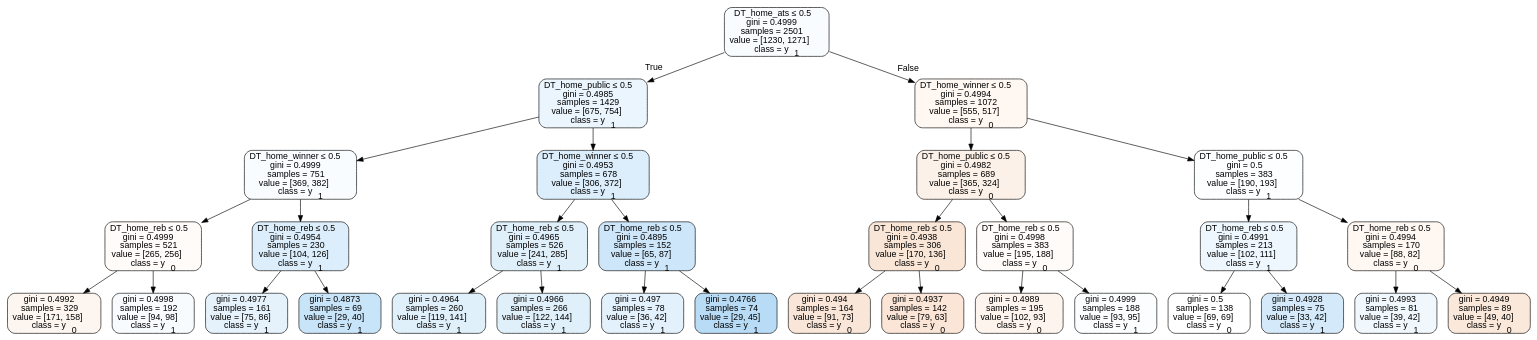
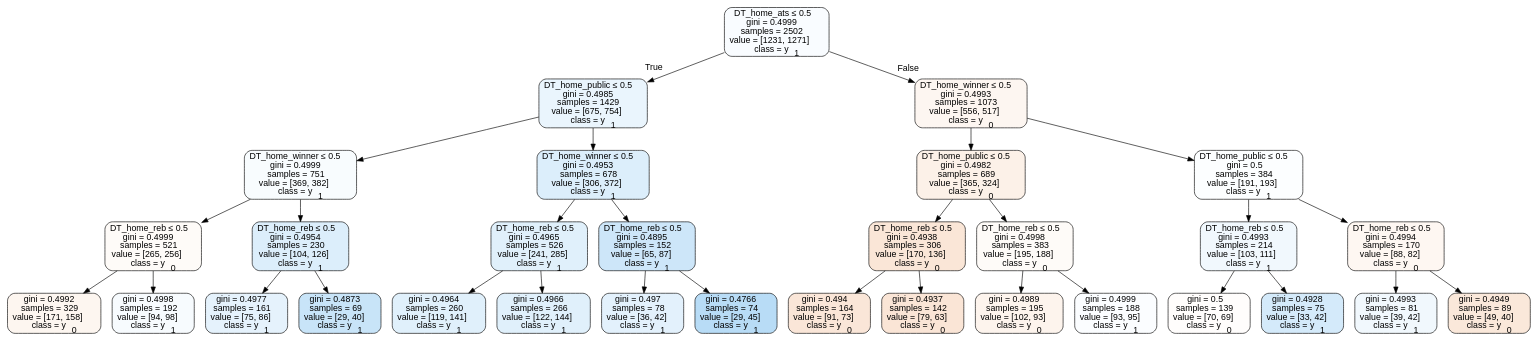
One commit to usbogie/ncaa-bets changed the diagram in Basketball/data/trees/tree2013neutral.dot. Above: the diagram before and after it, drawn with Graphviz. The commit also changed 33 other files, not shown here.

```diff
--- a/Basketball/data/trees/tree2013neutral.dot
+++ b/Basketball/data/trees/tree2013neutral.dot
@@ -1,65 +1,65 @@
 digraph Tree {
 node [shape=box, style="filled, rounded", color="black", fontname=helvetica] ;
 edge [fontname=helvetica] ;
-0 [label=<DT_home_ats &le; 0.5<br/>gini = 0.4999<br/>samples = 2501<br/>value = [1230, 1271]<br/>class = y<SUB>1</SUB>>, fillcolor="#399de508"] ;
+0 [label=<DT_home_ats &le; 0.5<br/>gini = 0.4999<br/>samples = 2502<br/>value = [1231, 1271]<br/>class = y<SUB>1</SUB>>, fillcolor="#399de508"] ;
 1 [label=<DT_home_public &le; 0.5<br/>gini = 0.4985<br/>samples = 1429<br/>value = [675, 754]<br/>class = y<SUB>1</SUB>>, fillcolor="#399de51b"] ;
 0 -> 1 [labeldistance=2.5, labelangle=45, headlabel="True"] ;
 2 [label=<DT_home_winner &le; 0.5<br/>gini = 0.4999<br/>samples = 751<br/>value = [369, 382]<br/>class = y<SUB>1</SUB>>, fillcolor="#399de509"] ;
 1 -> 2 ;
 3 [label=<DT_home_reb &le; 0.5<br/>gini = 0.4999<br/>samples = 521<br/>value = [265, 256]<br/>class = y<SUB>0</SUB>>, fillcolor="#e5813909"] ;
 2 -> 3 ;
 4 [label=<gini = 0.4992<br/>samples = 329<br/>value = [171, 158]<br/>class = y<SUB>0</SUB>>, fillcolor="#e5813913"] ;
 3 -> 4 ;
 5 [label=<gini = 0.4998<br/>samples = 192<br/>value = [94, 98]<br/>class = y<SUB>1</SUB>>, fillcolor="#399de50a"] ;
 3 -> 5 ;
 6 [label=<DT_home_reb &le; 0.5<br/>gini = 0.4954<br/>samples = 230<br/>value = [104, 126]<br/>class = y<SUB>1</SUB>>, fillcolor="#399de52d"] ;
 2 -> 6 ;
 7 [label=<gini = 0.4977<br/>samples = 161<br/>value = [75, 86]<br/>class = y<SUB>1</SUB>>, fillcolor="#399de521"] ;
 6 -> 7 ;
 8 [label=<gini = 0.4873<br/>samples = 69<br/>value = [29, 40]<br/>class = y<SUB>1</SUB>>, fillcolor="#399de546"] ;
 6 -> 8 ;
 9 [label=<DT_home_winner &le; 0.5<br/>gini = 0.4953<br/>samples = 678<br/>value = [306, 372]<br/>class = y<SUB>1</SUB>>, fillcolor="#399de52d"] ;
 1 -> 9 ;
 10 [label=<DT_home_reb &le; 0.5<br/>gini = 0.4965<br/>samples = 526<br/>value = [241, 285]<br/>class = y<SUB>1</SUB>>, fillcolor="#399de527"] ;
 9 -> 10 ;
 11 [label=<gini = 0.4964<br/>samples = 260<br/>value = [119, 141]<br/>class = y<SUB>1</SUB>>, fillcolor="#399de528"] ;
 10 -> 11 ;
 12 [label=<gini = 0.4966<br/>samples = 266<br/>value = [122, 144]<br/>class = y<SUB>1</SUB>>, fillcolor="#399de527"] ;
 10 -> 12 ;
 13 [label=<DT_home_reb &le; 0.5<br/>gini = 0.4895<br/>samples = 152<br/>value = [65, 87]<br/>class = y<SUB>1</SUB>>, fillcolor="#399de540"] ;
 9 -> 13 ;
 14 [label=<gini = 0.497<br/>samples = 78<br/>value = [36, 42]<br/>class = y<SUB>1</SUB>>, fillcolor="#399de524"] ;
 13 -> 14 ;
 15 [label=<gini = 0.4766<br/>samples = 74<br/>value = [29, 45]<br/>class = y<SUB>1</SUB>>, fillcolor="#399de55b"] ;
 13 -> 15 ;
-16 [label=<DT_home_winner &le; 0.5<br/>gini = 0.4994<br/>samples = 1072<br/>value = [555, 517]<br/>class = y<SUB>0</SUB>>, fillcolor="#e5813911"] ;
+16 [label=<DT_home_winner &le; 0.5<br/>gini = 0.4993<br/>samples = 1073<br/>value = [556, 517]<br/>class = y<SUB>0</SUB>>, fillcolor="#e5813912"] ;
 0 -> 16 [labeldistance=2.5, labelangle=-45, headlabel="False"] ;
 17 [label=<DT_home_public &le; 0.5<br/>gini = 0.4982<br/>samples = 689<br/>value = [365, 324]<br/>class = y<SUB>0</SUB>>, fillcolor="#e581391d"] ;
 16 -> 17 ;
 18 [label=<DT_home_reb &le; 0.5<br/>gini = 0.4938<br/>samples = 306<br/>value = [170, 136]<br/>class = y<SUB>0</SUB>>, fillcolor="#e5813933"] ;
 17 -> 18 ;
 19 [label=<gini = 0.494<br/>samples = 164<br/>value = [91, 73]<br/>class = y<SUB>0</SUB>>, fillcolor="#e5813932"] ;
 18 -> 19 ;
 20 [label=<gini = 0.4937<br/>samples = 142<br/>value = [79, 63]<br/>class = y<SUB>0</SUB>>, fillcolor="#e5813934"] ;
 18 -> 20 ;
 21 [label=<DT_home_reb &le; 0.5<br/>gini = 0.4998<br/>samples = 383<br/>value = [195, 188]<br/>class = y<SUB>0</SUB>>, fillcolor="#e5813909"] ;
 17 -> 21 ;
 22 [label=<gini = 0.4989<br/>samples = 195<br/>value = [102, 93]<br/>class = y<SUB>0</SUB>>, fillcolor="#e5813917"] ;
 21 -> 22 ;
 23 [label=<gini = 0.4999<br/>samples = 188<br/>value = [93, 95]<br/>class = y<SUB>1</SUB>>, fillcolor="#399de505"] ;
 21 -> 23 ;
-24 [label=<DT_home_public &le; 0.5<br/>gini = 0.5<br/>samples = 383<br/>value = [190, 193]<br/>class = y<SUB>1</SUB>>, fillcolor="#399de504"] ;
+24 [label=<DT_home_public &le; 0.5<br/>gini = 0.5<br/>samples = 384<br/>value = [191, 193]<br/>class = y<SUB>1</SUB>>, fillcolor="#399de503"] ;
 16 -> 24 ;
-25 [label=<DT_home_reb &le; 0.5<br/>gini = 0.4991<br/>samples = 213<br/>value = [102, 111]<br/>class = y<SUB>1</SUB>>, fillcolor="#399de515"] ;
+25 [label=<DT_home_reb &le; 0.5<br/>gini = 0.4993<br/>samples = 214<br/>value = [103, 111]<br/>class = y<SUB>1</SUB>>, fillcolor="#399de512"] ;
 24 -> 25 ;
-26 [label=<gini = 0.5<br/>samples = 138<br/>value = [69, 69]<br/>class = y<SUB>0</SUB>>, fillcolor="#e5813900"] ;
+26 [label=<gini = 0.5<br/>samples = 139<br/>value = [70, 69]<br/>class = y<SUB>0</SUB>>, fillcolor="#e5813904"] ;
 25 -> 26 ;
 27 [label=<gini = 0.4928<br/>samples = 75<br/>value = [33, 42]<br/>class = y<SUB>1</SUB>>, fillcolor="#399de537"] ;
 25 -> 27 ;
 28 [label=<DT_home_reb &le; 0.5<br/>gini = 0.4994<br/>samples = 170<br/>value = [88, 82]<br/>class = y<SUB>0</SUB>>, fillcolor="#e5813911"] ;
 24 -> 28 ;
 29 [label=<gini = 0.4993<br/>samples = 81<br/>value = [39, 42]<br/>class = y<SUB>1</SUB>>, fillcolor="#399de512"] ;
 28 -> 29 ;
 30 [label=<gini = 0.4949<br/>samples = 89<br/>value = [49, 40]<br/>class = y<SUB>0</SUB>>, fillcolor="#e581392f"] ;
 28 -> 30 ;
 }
```
